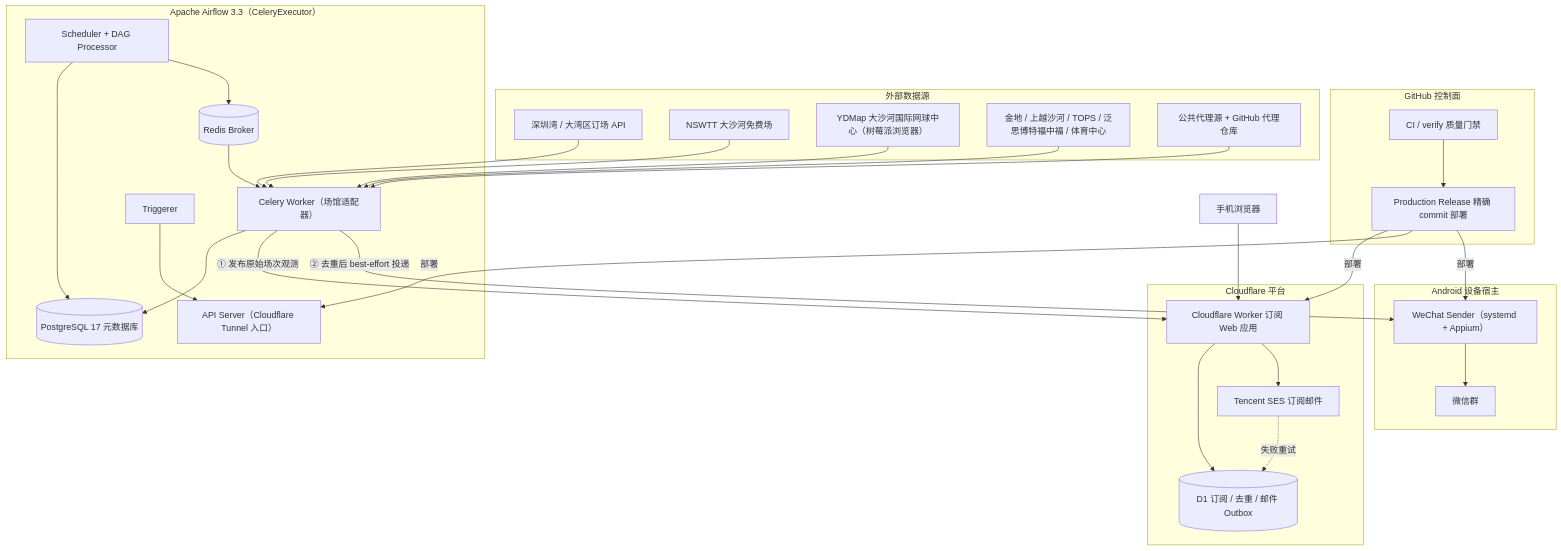
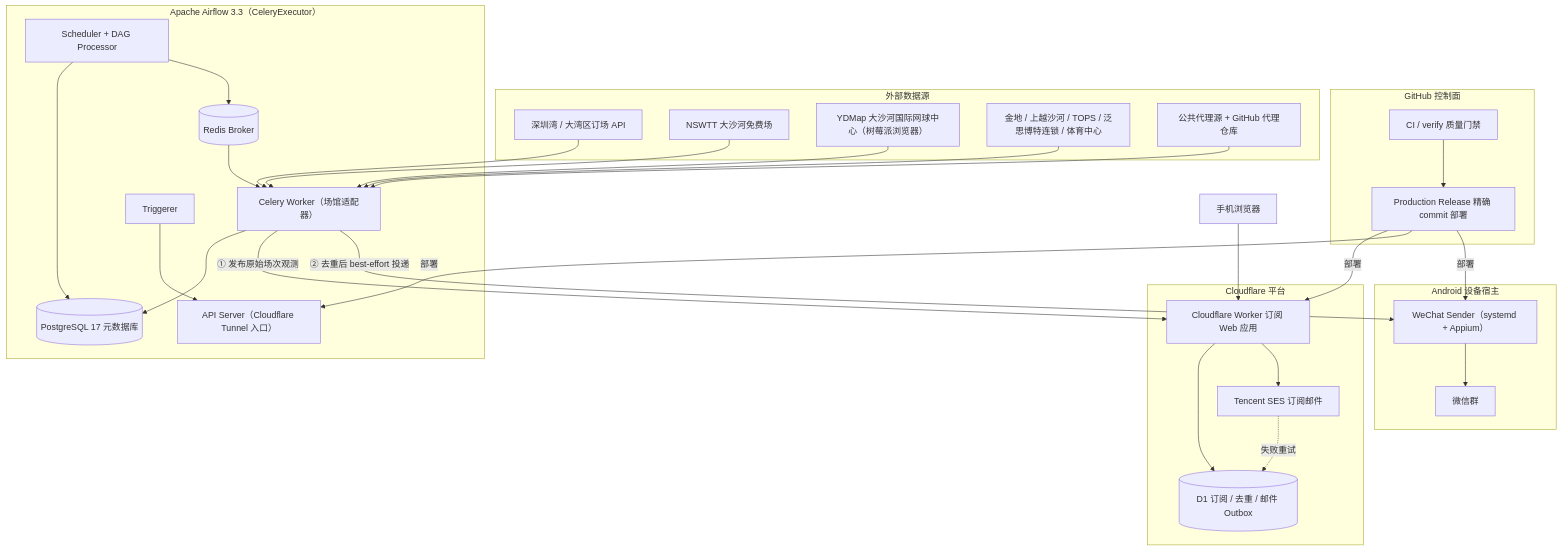
The diagram in README.md (claude89757/wechat-on-airflow), drawn with Mermaid before and after one commit. The commit also changed other lines of this file and 30 other files, not shown here.

````diff
--- a/README.md
+++ b/README.md
@@ -24,60 +24,60 @@
 ```mermaid
 flowchart TB
     subgraph control["GitHub 控制面"]
         CI["CI / verify 质量门禁"]
         Release["Production Release 精确 commit 部署"]
         CI --> Release
     end
 
     subgraph sources["外部数据源"]
         SZ["深圳湾 / 大湾区订场 API"]
         NSWTT["NSWTT 大沙河免费场"]
         YDMAP["YDMap 大沙河国际网球中心（树莓派浏览器）"]
-        VENUES["金地 / 上越沙河 / TOPS / 泛思博特福中福 / 体育中心"]
+        VENUES["金地 / 上越沙河 / TOPS / 泛思博特连锁 / 体育中心"]
         PROXY["公共代理源 + GitHub 代理仓库"]
     end
 
     subgraph airflow["Apache Airflow 3.3（CeleryExecutor）"]
         Scheduler["Scheduler + DAG Processor"]
         Worker["Celery Worker（场馆适配器）"]
         Triggerer["Triggerer"]
         DB[("PostgreSQL 17 元数据库")]
         Redis[("Redis Broker")]
         ApiSrv["API Server（Cloudflare Tunnel 入口）"]
         Scheduler --> DB
         Scheduler --> Redis
         Redis --> Worker
         Worker --> DB
         Triggerer --> ApiSrv
     end
 
     subgraph cf["Cloudflare 平台"]
         WebApp["Cloudflare Worker 订阅 Web 应用"]
         D1[("D1 订阅 / 去重 / 邮件 Outbox")]
         SES["Tencent SES 订阅邮件"]
         WebApp --> D1
         WebApp --> SES
         SES -. 失败重试 .-> D1
     end
 
     subgraph android["Android 设备宿主"]
         Sender["WeChat Sender（systemd + Appium）"]
         Chat["微信群"]
         Sender --> Chat
     end
 
     Browser["手机浏览器"] --> WebApp
 
     SZ --> Worker
     NSWTT --> Worker
     YDMAP --> Worker
     VENUES --> Worker
     PROXY --> Worker
 
     Worker -->|"① 发布原始场次观测"| WebApp
     Worker -->|"② 去重后 best-effort 投递"| Sender
 
     Release -->|"部署"| WebApp
     Release -->|"部署"| ApiSrv
     Release -->|"部署"| Sender
 ```
````
